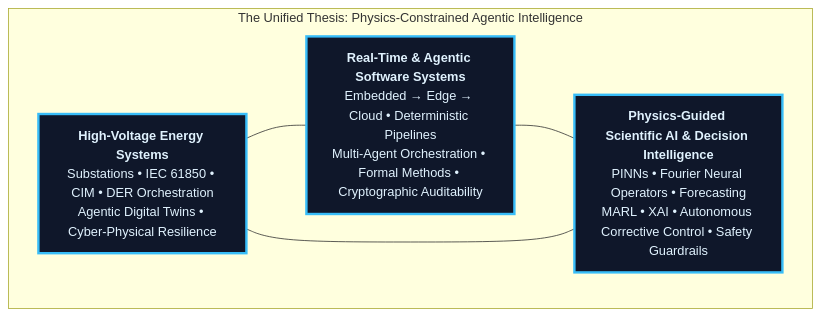
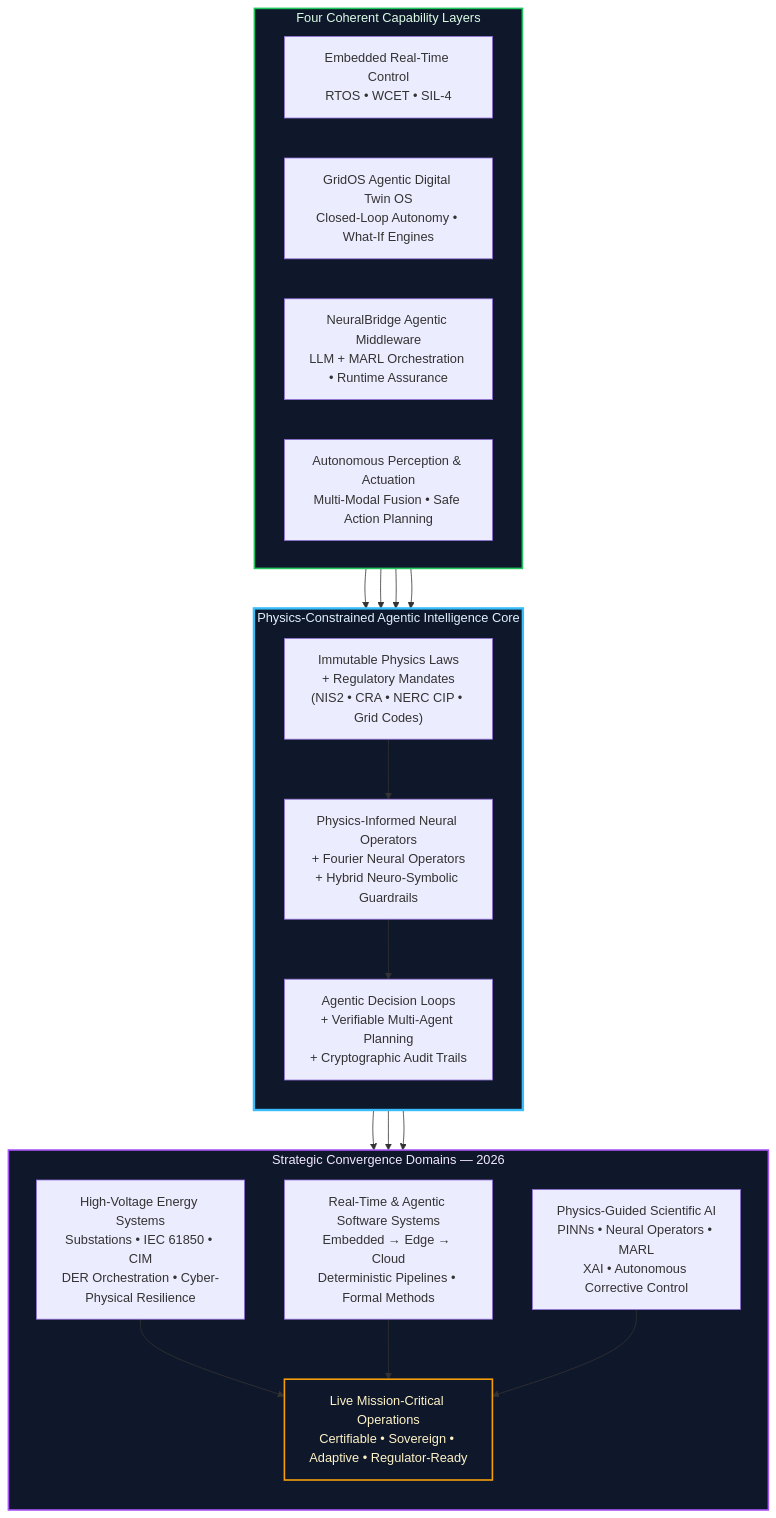
One commit to iceccarelli/iceccarelli changed the diagram in README.md. Above: the diagram before and after it, drawn with Mermaid. The commit also changed other lines of this file, not shown here.

````diff
--- a/README.md
+++ b/README.md
@@ -95,16 +76,35 @@
 ```mermaid
 graph TD
-    subgraph "The Unified Thesis: Physics-Constrained Agentic Intelligence"
-        A["<b>High-Voltage Energy Systems</b><br/>Substations • IEC 61850 • CIM • DER Orchestration<br/>Agentic Digital Twins • Cyber-Physical Resilience"]
-        B["<b>Real-Time & Agentic Software Systems</b><br/>Embedded → Edge → Cloud • Deterministic Pipelines<br/>Multi-Agent Orchestration • Formal Methods • Cryptographic Auditability"]
-        C["<b>Physics-Guided Scientific AI & Decision Intelligence</b><br/>PINNs • Fourier Neural Operators • Forecasting<br/>MARL • XAI • Autonomous Corrective Control • Safety Guardrails"]
+    subgraph Core["Physics-Constrained Agentic Intelligence Core"]
+        direction TB
+        P["Immutable Physics Laws<br/>+ Regulatory Mandates<br/>(NIS2 • CRA • NERC CIP • Grid Codes)"]
+        M["Physics-Informed Neural Operators<br/>+ Fourier Neural Operators<br/>+ Hybrid Neuro-Symbolic Guardrails"]
+        A["Agentic Decision Loops<br/>+ Verifiable Multi-Agent Planning<br/>+ Cryptographic Audit Trails"]
+        P --> M
+        M --> A
     end
 
-    A --- B
-    B --- C
-    A --- C
+    subgraph Layers["Four Coherent Capability Layers"]
+        direction LR
+        L1["Embedded Real-Time Control<br/>RTOS • WCET • SIL-4"]
+        L2["GridOS Agentic Digital Twin OS<br/>Closed-Loop Autonomy • What-If Engines"]
+        L3["NeuralBridge Agentic Middleware<br/>LLM + MARL Orchestration • Runtime Assurance"]
+        L4["Autonomous Perception & Actuation<br/>Multi-Modal Fusion • Safe Action Planning"]
+        L1 & L2 & L3 & L4 --> A
+    end
 
-    style A fill:#0f172a,stroke:#38bdf8,stroke-width:3px,color:#e0f2fe
-    style B fill:#0f172a,stroke:#38bdf8,stroke-width:3px,color:#e0f2fe
-    style C fill:#0f172a,stroke:#38bdf8,stroke-width:3px,color:#e0f2fe
+    subgraph Domains["Strategic Convergence Domains — 2026"]
+        direction TB
+        D1["High-Voltage Energy Systems<br/>Substations • IEC 61850 • CIM<br/>DER Orchestration • Cyber-Physical Resilience"]
+        D2["Real-Time & Agentic Software Systems<br/>Embedded → Edge → Cloud<br/>Deterministic Pipelines • Formal Methods"]
+        D3["Physics-Guided Scientific AI<br/>PINNs • Neural Operators • MARL<br/>XAI • Autonomous Corrective Control"]
+        D1 & D2 & D3 --> Operational["Live Mission-Critical Operations<br/>Certifiable • Sovereign • Adaptive • Regulator-Ready"]
+    end
+
+    A --> D1 & D2 & D3
+
+    style Core fill:#0f172a,stroke:#38bdf8,stroke-width:3px,color:#e0f2fe
+    style Layers fill:#0f172a,stroke:#22c55e,stroke-width:2px,color:#dcfce7
+    style Domains fill:#0f172a,stroke:#a855f7,stroke-width:2px,color:#f3e8ff
+    style Operational fill:#0f172a,stroke:#f59e0b,stroke-width:2px,color:#fef3c7
 ```
````
